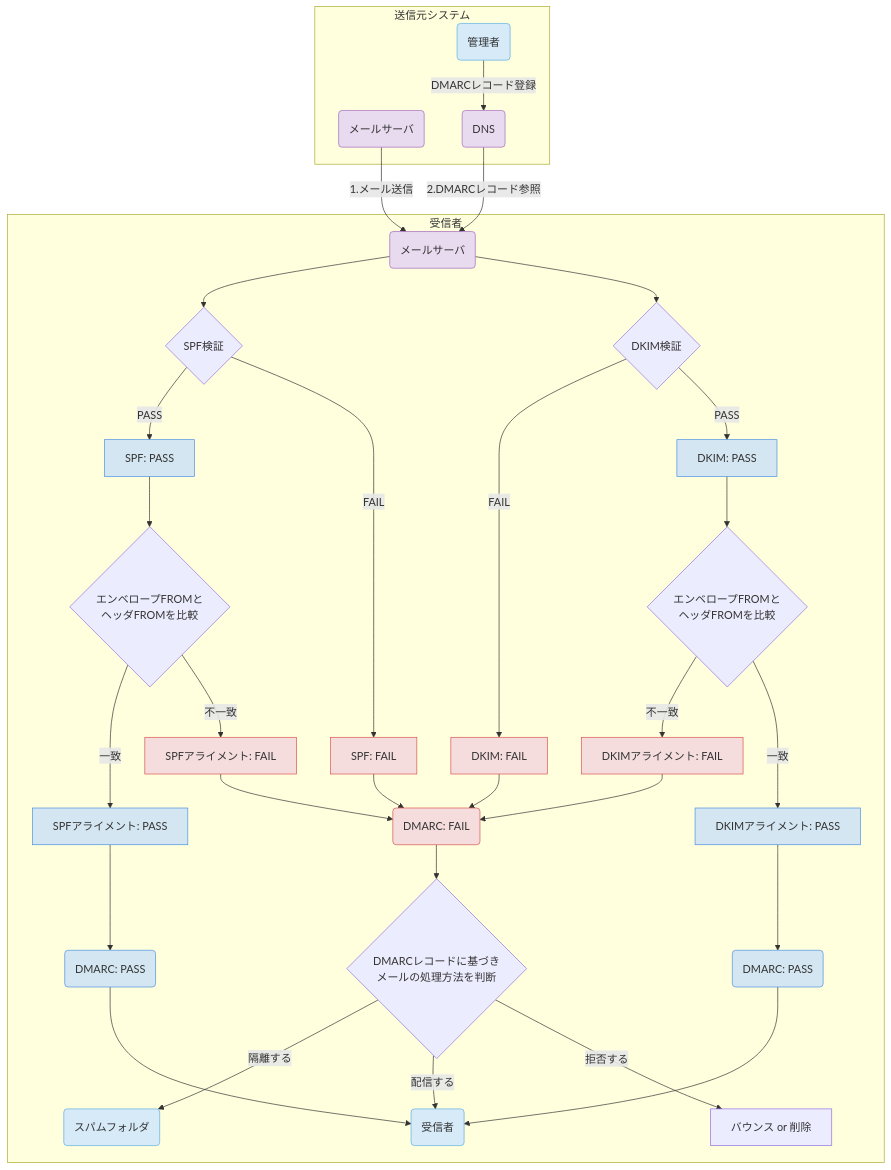
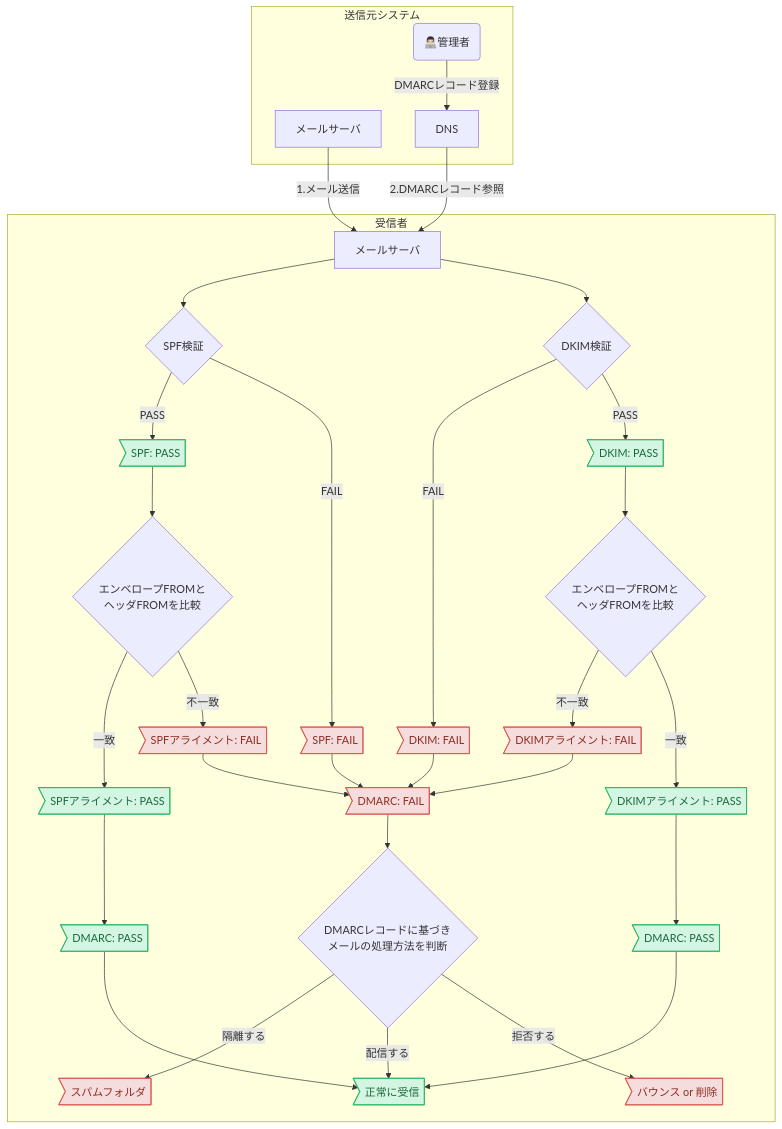
One commit to future-architect/arch-guidelines changed the third of 7 diagrams in documents/forMail/mail_guidelines.md. Above: the diagram before and after it, drawn with Mermaid. The commit also changed other lines of this file, not shown here.

Commit message:
darkmode対応 (#163)

````diff
--- a/documents/forMail/mail_guidelines.md
+++ b/documents/forMail/mail_guidelines.md
@@ -186,50 +184,49 @@
 ```mermaid
 graph TB
-    classDef actor fill:#D6EAF8,stroke:#5DADE2;
-    classDef server fill:#E8DAEF,stroke:#A569BD;
-    classDef ok fill:#D4E6F1,stroke:#4A90E2;
-    classDef ng fill:#F5DDDD,stroke:#D9534F;
+    classDef ok fill:#D5F5E3,stroke:#28B463,color:#186A3B;
+    classDef ng fill:#F5DDDD,stroke:#D9534F,color:#922B21;
+
     senderServer -->|1.メール送信| receiverServer
     senderDNS -->|2.DMARCレコード参照| receiverServer
 
     subgraph "受信者"
-        receiverServer(メールサーバ):::server
+        receiverServer[メールサーバ]:::server
         receiverServer --> spfResult{SPF検証}
-        spfResult -->|PASS| spfPass[SPF: PASS]:::ok
+        spfResult -->|PASS| spfPass>SPF: PASS]:::ok
         spfPass --> spfAlignment{エンベロープFROMと<br>ヘッダFROMを比較}
-        spfAlignment -->|一致| spfAlignmentPass[SPFアライメント: PASS]:::ok
-        spfAlignment -->|不一致| spfAlignmentFail[SPFアライメント: FAIL]:::ng
+        spfAlignment -->|一致| spfAlignmentPass>SPFアライメント: PASS]:::ok
+        spfAlignment -->|不一致| spfAlignmentFail>SPFアライメント: FAIL]:::ng
         spfAlignmentFail --> dmarcFail
-        spfResult -->|FAIL| spfFail[SPF: FAIL]:::ng
+        spfResult -->|FAIL| spfFail>SPF: FAIL]:::ng
         spfFail --> dmarcFail
         receiverServer --> dkimResult{DKIM検証}
-        dkimResult -->|FAIL| dkimFail[DKIM: FAIL]:::ng
+        dkimResult -->|FAIL| dkimFail>DKIM: FAIL]:::ng
         dkimFail --> dmarcFail
-        dkimResult -->|PASS| dkimPass[DKIM: PASS]:::ok
+        dkimResult -->|PASS| dkimPass>DKIM: PASS]:::ok
         dkimPass --> dkimAlignment{エンベロープFROMと<br>ヘッダFROMを比較}
-        dkimAlignment -->|不一致| dkimAlignmentFail[DKIMアライメント: FAIL]:::ng
+        dkimAlignment -->|不一致| dkimAlignmentFail>DKIMアライメント: FAIL]:::ng
         dkimAlignmentFail --> dmarcFail
         dmarcFail --> dmarcPolicy
         dmarcPolicy -->|隔離する| spam
         dmarcPolicy -->|配信する| receiver
         dmarcPolicy -->|拒否する| reject
         dmarcPolicy{DMARCレコードに基づき<br>メールの処理方法を判断}
-        spam(スパムフォルダ):::actor
-        reject[バウンス or 削除]
-        dkimAlignment -->|一致| dkimAlignmentPass[DKIMアライメント: PASS]:::ok
+        spam>スパムフォルダ]:::ng
+        reject>バウンス or 削除]:::ng
+        dkimAlignment -->|一致| dkimAlignmentPass>DKIMアライメント: PASS]:::ok
         spfAlignmentPass --> dmarcPassSpf
         dkimAlignmentPass --> dmarcPassDkim
         dmarcPassSpf --> receiver
         dmarcPassDkim --> receiver
-        dmarcFail(DMARC: FAIL):::ng
-        dmarcPassSpf(DMARC: PASS):::ok
-        dmarcPassDkim(DMARC: PASS):::ok
-        receiver(受信者):::actor
+        dmarcFail>DMARC: FAIL]:::ng
+        dmarcPassSpf>DMARC: PASS]:::ok
+        dmarcPassDkim>DMARC: PASS]:::ok
+        receiver>正常に受信]:::ok
     end
     subgraph "送信元システム"
-        admin(管理者):::actor
-        senderServer(メールサーバ):::server
-        senderDNS(DNS):::server
+        admin(👨🏻‍💻管理者):::actor
+        senderServer[メールサーバ]:::server
+        senderDNS[DNS]:::server
         admin -->|DMARCレコード登録| senderDNS
     end
 ```
````
